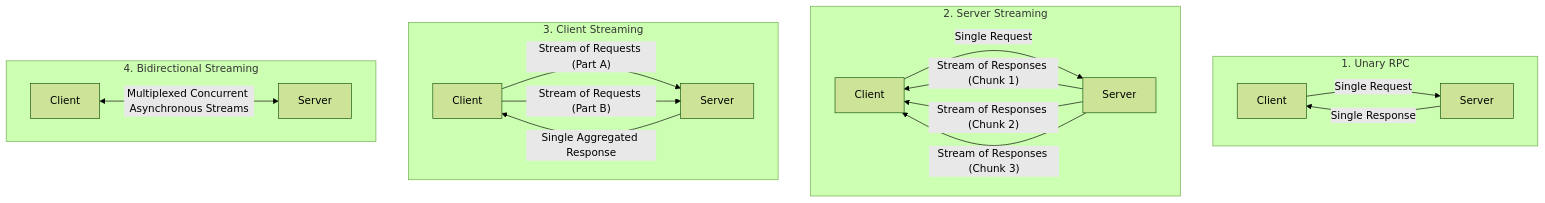
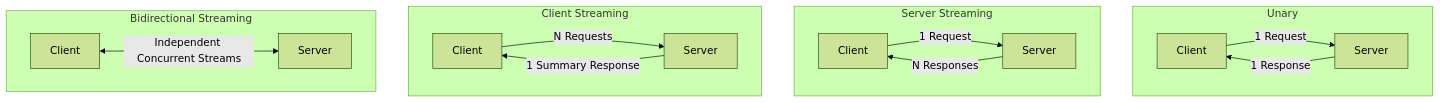
The second of 4 diagrams in content/roadmap/level-9/high-performance-grpc-in-java.md (ravishankar2463/java_hub), drawn with Mermaid (forest theme) before and after one commit. The commit also changed other lines of this file and 119 other files, not shown here.

Commit message:
feat: add comprehensive java learning roadmap content across multiple levels

````diff
--- a/content/roadmap/level-9/high-performance-grpc-in-java.md
+++ b/content/roadmap/level-9/high-performance-grpc-in-java.md
@@ -108,24 +217,21 @@
 ```mermaid
 flowchart TD
-    subgraph P1["1. Unary RPC"]
-        U_C["Client"] -->|"Single Request"| U_S["Server"]
-        U_S -->|"Single Response"| U_C
+    subgraph Unary["Unary"]
+        U1["Client"] -->|"1 Request"| U2["Server"]
+        U2 -->|"1 Response"| U1
     end
 
-    subgraph P2["2. Server Streaming"]
-        SS_C["Client"] -->|"Single Request"| SS_S["Server"]
-        SS_S -->|"Stream of Responses (Chunk 1)"| SS_C
-        SS_S -->|"Stream of Responses (Chunk 2)"| SS_C
-        SS_S -->|"Stream of Responses (Chunk 3)"| SS_C
+    subgraph ServerStream["Server Streaming"]
+        S1["Client"] -->|"1 Request"| S2["Server"]
+        S2 -->|"N Responses"| S1
     end
 
-    subgraph P3["3. Client Streaming"]
-        CS_C["Client"] -->|"Stream of Requests (Part A)"| CS_S["Server"]
-        CS_C -->|"Stream of Requests (Part B)"| CS_S
-        CS_S -->|"Single Aggregated Response"| CS_C
+    subgraph ClientStream["Client Streaming"]
+        C1["Client"] -->|"N Requests"| C2["Server"]
+        C2 -->|"1 Summary Response"| C1
     end
 
-    subgraph P4["4. Bidirectional Streaming"]
-        BD_C["Client"] <-->|"Multiplexed Concurrent Asynchronous Streams"| BD_S["Server"]
+    subgraph Bidi["Bidirectional Streaming"]
+        B1["Client"] <-->|"Independent Concurrent Streams"| B2["Server"]
     end
 ```
````
